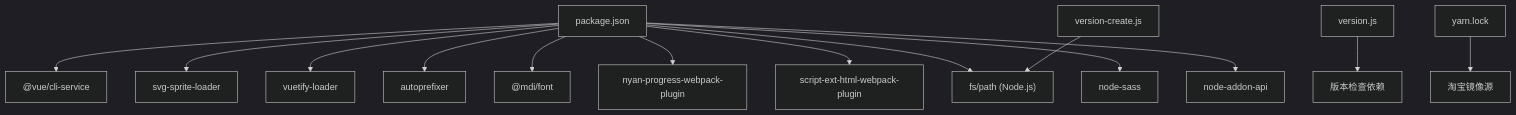
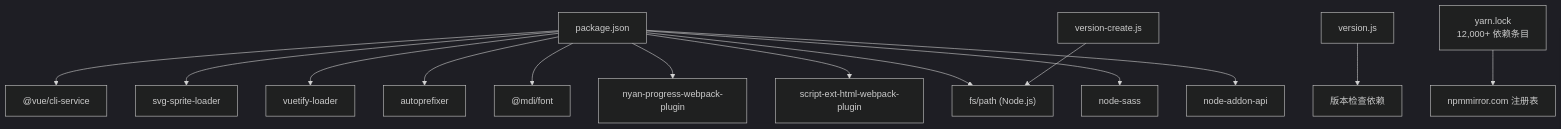
Diagram 14 of 14 in .qoder/repowiki/zh/content/前端应用/构建部署/前端构建配置.md (TinyMaD/SpeedRunnersLab), drawn with Mermaid (dark theme) before and after one commit. The commit also changed other lines of this file and 4 other files, not shown here.

````diff
--- a/.qoder/repowiki/zh/content/前端应用/构建部署/前端构建配置.md
+++ b/.qoder/repowiki/zh/content/前端应用/构建部署/前端构建配置.md
@@ -488,16 +494,16 @@
 ```mermaid
 graph TB
 PKG["package.json"] --> CLI["@vue/cli-service"]
 PKG --> LDR["svg-sprite-loader"]
 PKG --> VTFL["vuetify-loader"]
 PKG --> AP["autoprefixer"]
 PKG --> MDI["@mdi/font"]
 PKG --> NYP["nyan-progress-webpack-plugin"]
 PKG --> SEH["script-ext-html-webpack-plugin"]
 PKG --> FS["fs/path (Node.js)"]
 PKG --> NS["node-sass"]
 PKG --> NA["node-addon-api"]
 VERCREATE["version-create.js"] --> FS
 VERSION["version.js"] --> VERDEPS["版本检查依赖"]
-YARNLOCK["yarn.lock"] --> REGISTRY["淘宝镜像源"]
+YARNLOCK["yarn.lock<br/>12,000+ 依赖条目"] --> REGISTRY["npmmirror.com 注册表"]
 ```
````
